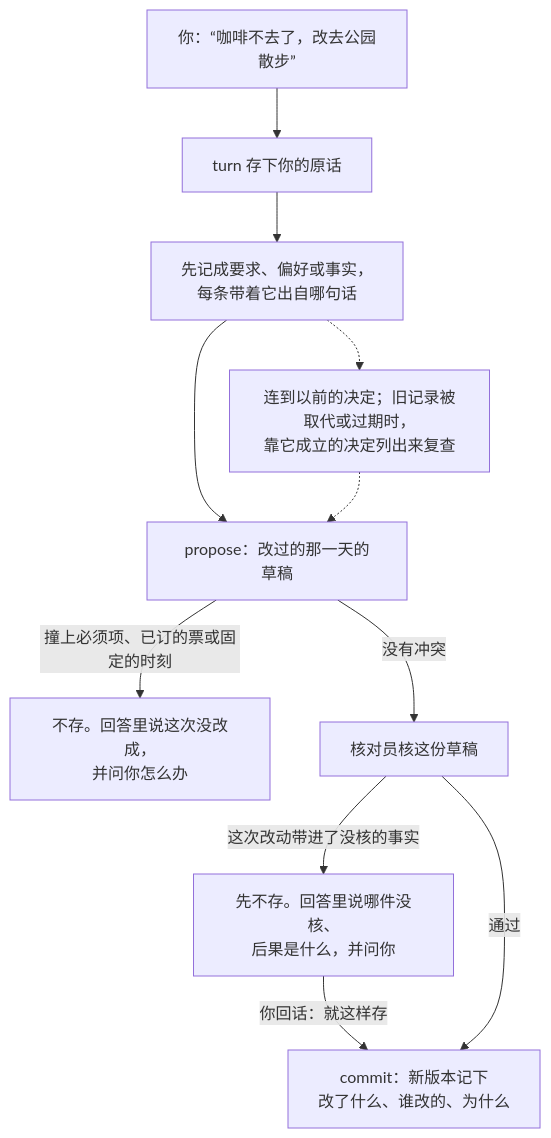
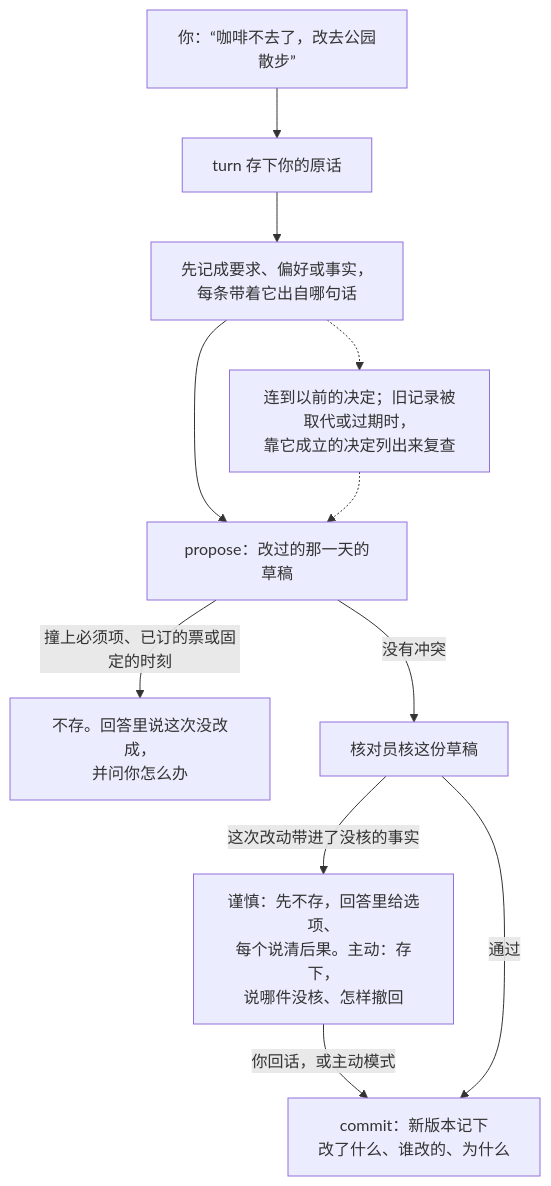
The second of 3 diagrams in README.zh-CN.md (zlxdengtianhei/tripwright), drawn with Mermaid before and after one commit. The commit also changed other lines of this file and 3 other files, not shown here.

````diff
--- a/README.zh-CN.md
+++ b/README.zh-CN.md
@@ -42,12 +42,12 @@
 ```mermaid
 flowchart TD
     A["你：“咖啡不去了，改去公园散步”"] --> B["turn 存下你的原话"]
     B --> C["先记成要求、偏好或事实，<br/>每条带着它出自哪句话"]
     C -.-> D["连到以前的决定；旧记录被取代或过期时，<br/>靠它成立的决定列出来复查"]
     C --> E["propose：改过的那一天的草稿"]
     D -.-> E
     E -->|"撞上必须项、已订的票或固定的时刻"| X["不存。回答里说这次没改成，<br/>并问你怎么办"]
     E -->|"没有冲突"| F["核对员核这份草稿"]
-    F -->|"这次改动带进了没核的事实"| Y["先不存。回答里说哪件没核、<br/>后果是什么，并问你"] -->|"你回话：就这样存"| H
+    F -->|"这次改动带进了没核的事实"| Y["谨慎：先不存，回答里给选项、<br/>每个说清后果。主动：存下，<br/>说哪件没核、怎样撤回"] -->|"你回话，或主动模式"| H
     F -->|"通过"| H["commit：新版本记下<br/>改了什么、谁改的、为什么"]
 ```
````
